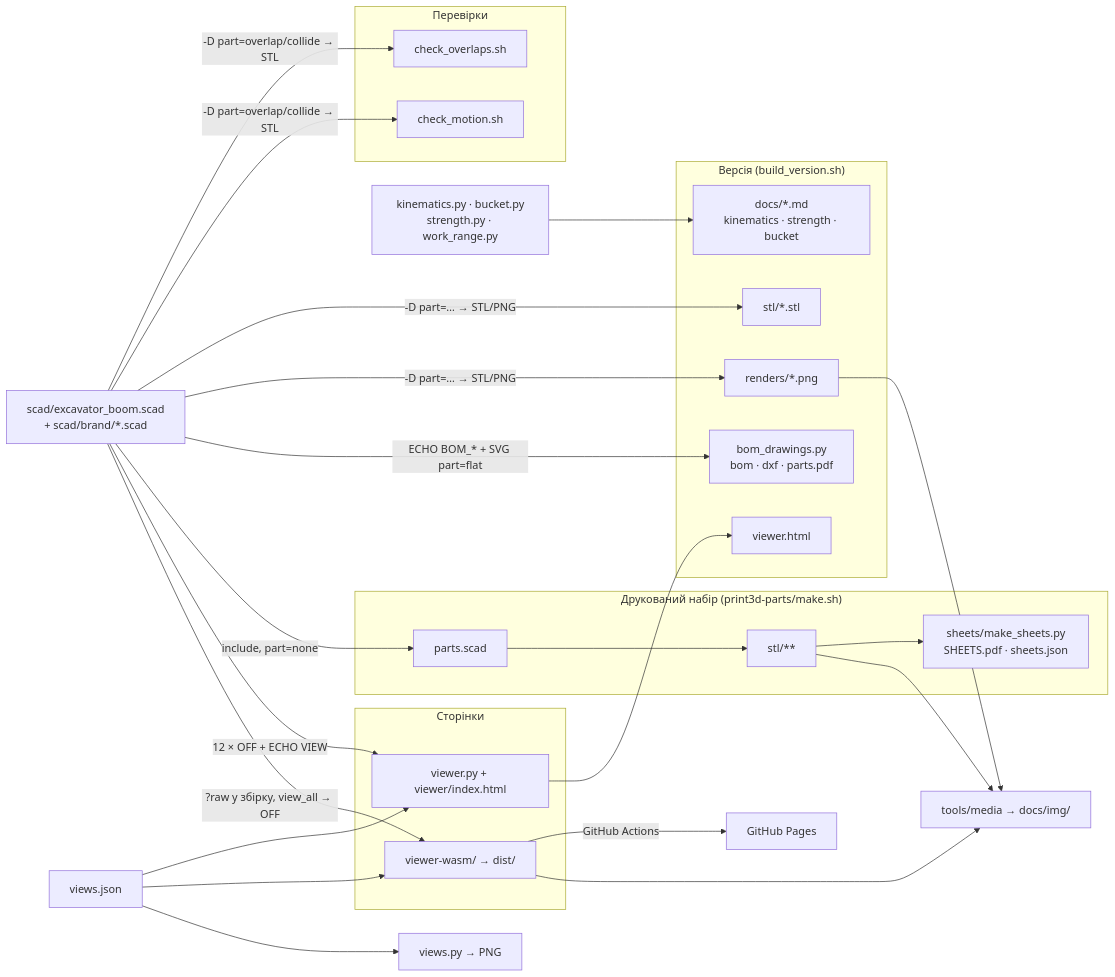
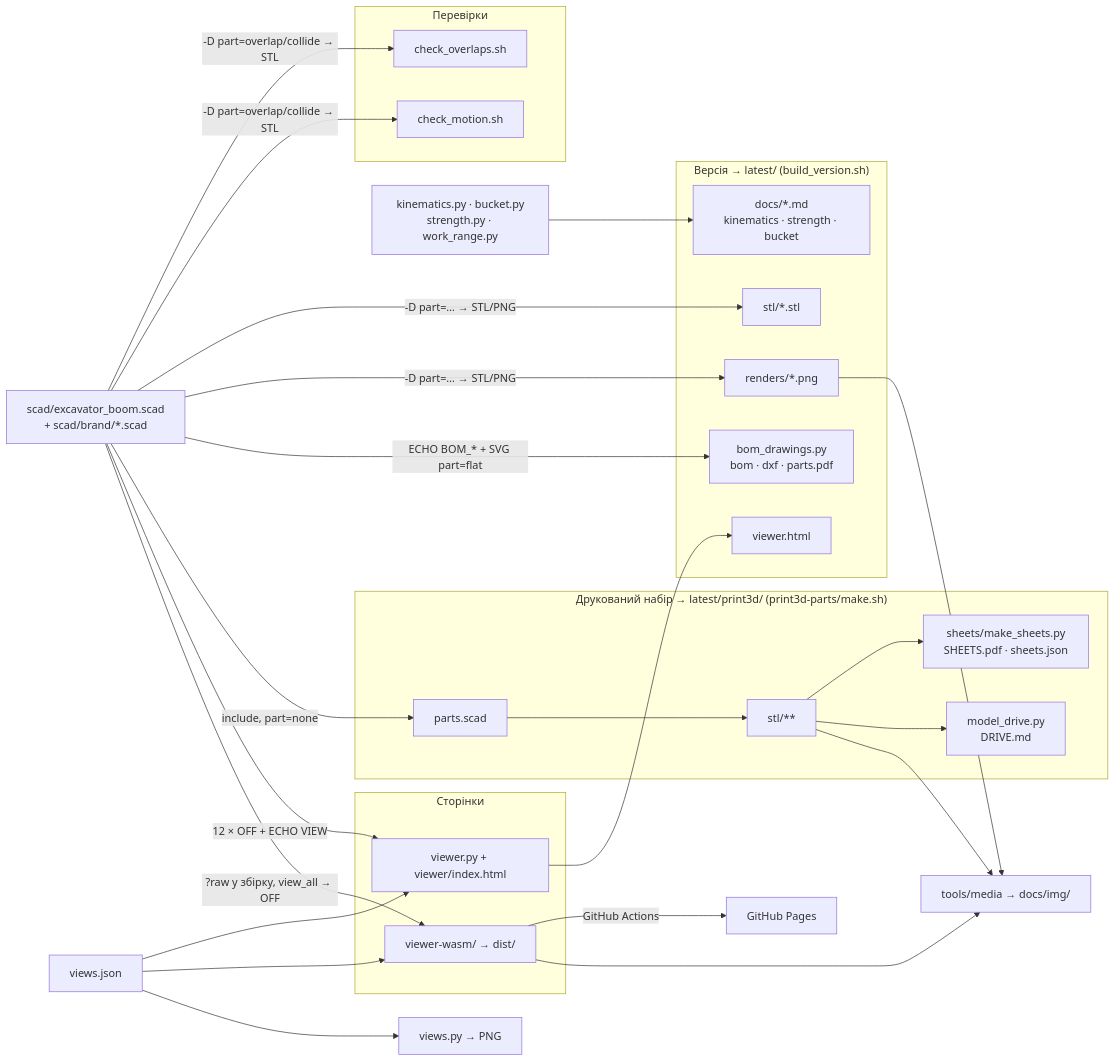
One commit to ibitlab/pub-excavator-openscad changed the diagram in docs/ARCHITECTURE.uk.md. Above: the diagram before and after it, drawn with Mermaid. The commit also changed other lines of this file and 406 other files, not shown here.

First line of the commit message:
V006: latest/ as the current build, versions/ as the archive, kit inside the version

````diff
--- a/docs/ARCHITECTURE.uk.md
+++ b/docs/ARCHITECTURE.uk.md
@@ -29,35 +29,36 @@
 ```mermaid
 flowchart LR
   SCAD["scad/excavator_boom.scad<br/>+ scad/brand/*.scad"]
   subgraph Перевірки
     OV[check_overlaps.sh]
     MO[check_motion.sh]
   end
-  subgraph "Версія (build_version.sh)"
+  subgraph "Версія → latest/ (build_version.sh)"
     STL[stl/*.stl]
     PNG[renders/*.png]
     REP["docs/*.md<br/>kinematics · strength · bucket"]
     BOM["bom_drawings.py<br/>bom · dxf · parts.pdf"]
     VH[viewer.html]
   end
-  subgraph "Друкований набір (print3d-parts/make.sh)"
+  subgraph "Друкований набір → latest/print3d/ (print3d-parts/make.sh)"
     PS[parts.scad] --> PSTL[stl/**]
     PSTL --> SH["sheets/make_sheets.py<br/>SHEETS.pdf · sheets.json"]
+    PSTL --> DR["model_drive.py<br/>DRIVE.md"]
   end
   subgraph Сторінки
     SRV[viewer.py + viewer/index.html]
     WASM[viewer-wasm/ → dist/]
   end
   SCAD -->|"-D part=overlap/collide → STL"| OV & MO
   SCAD -->|"-D part=… → STL/PNG"| STL & PNG
   SCAD -->|"ECHO BOM_* + SVG part=flat"| BOM
   SCAD -->|"include, part=none"| PS
   SCAD -->|"12 × OFF + ECHO VIEW"| SRV
   SCAD -->|"?raw у збірку, view_all → OFF"| WASM
   PY["kinematics.py · bucket.py<br/>strength.py · work_range.py"] --> REP
   VJ[views.json] --> SRV & WASM
   VJ --> VP[views.py → PNG]
   SRV --> VH
   WASM -->|"GitHub Actions"| PAGES[GitHub Pages]
   PNG & PSTL & WASM --> MEDIA["tools/media → docs/img/"]
 ```
````
